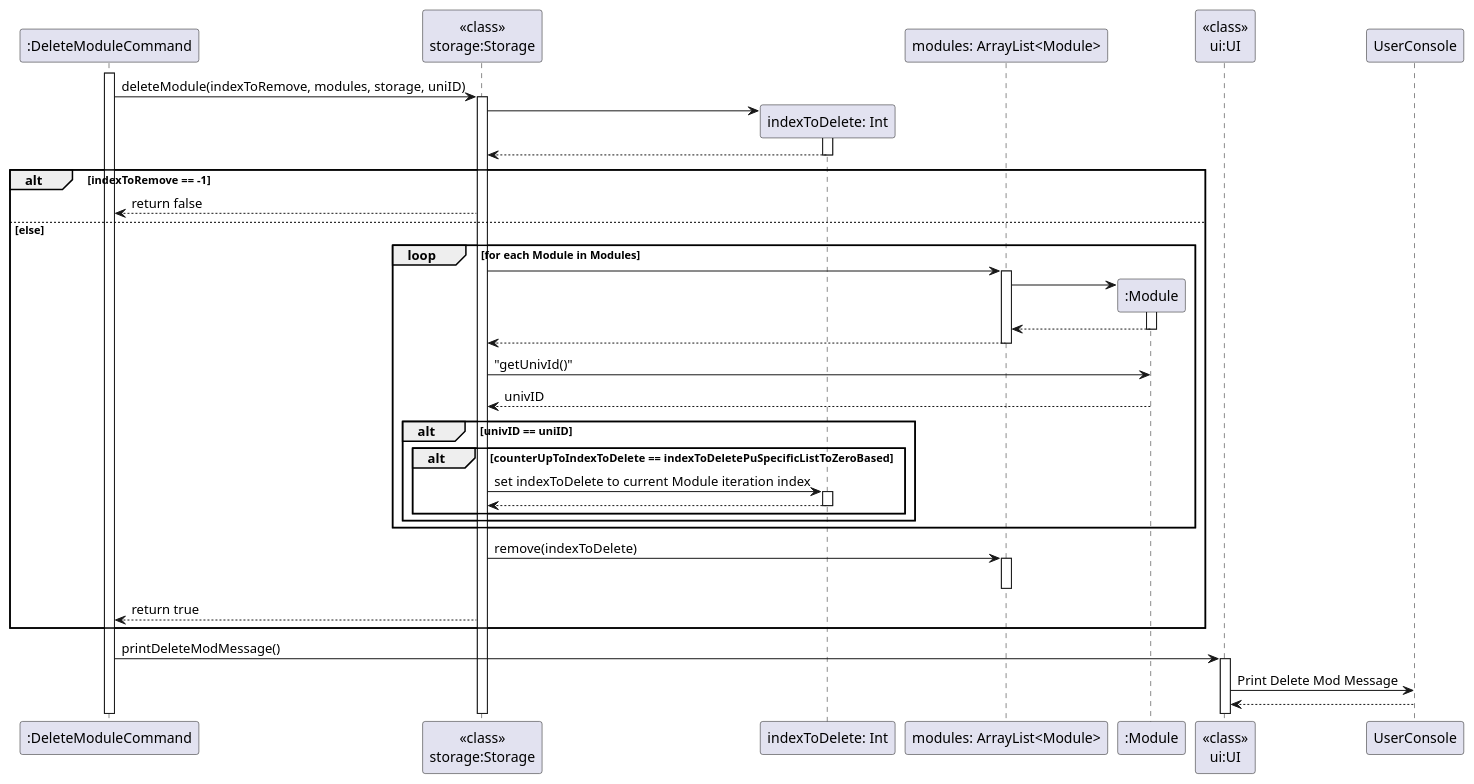
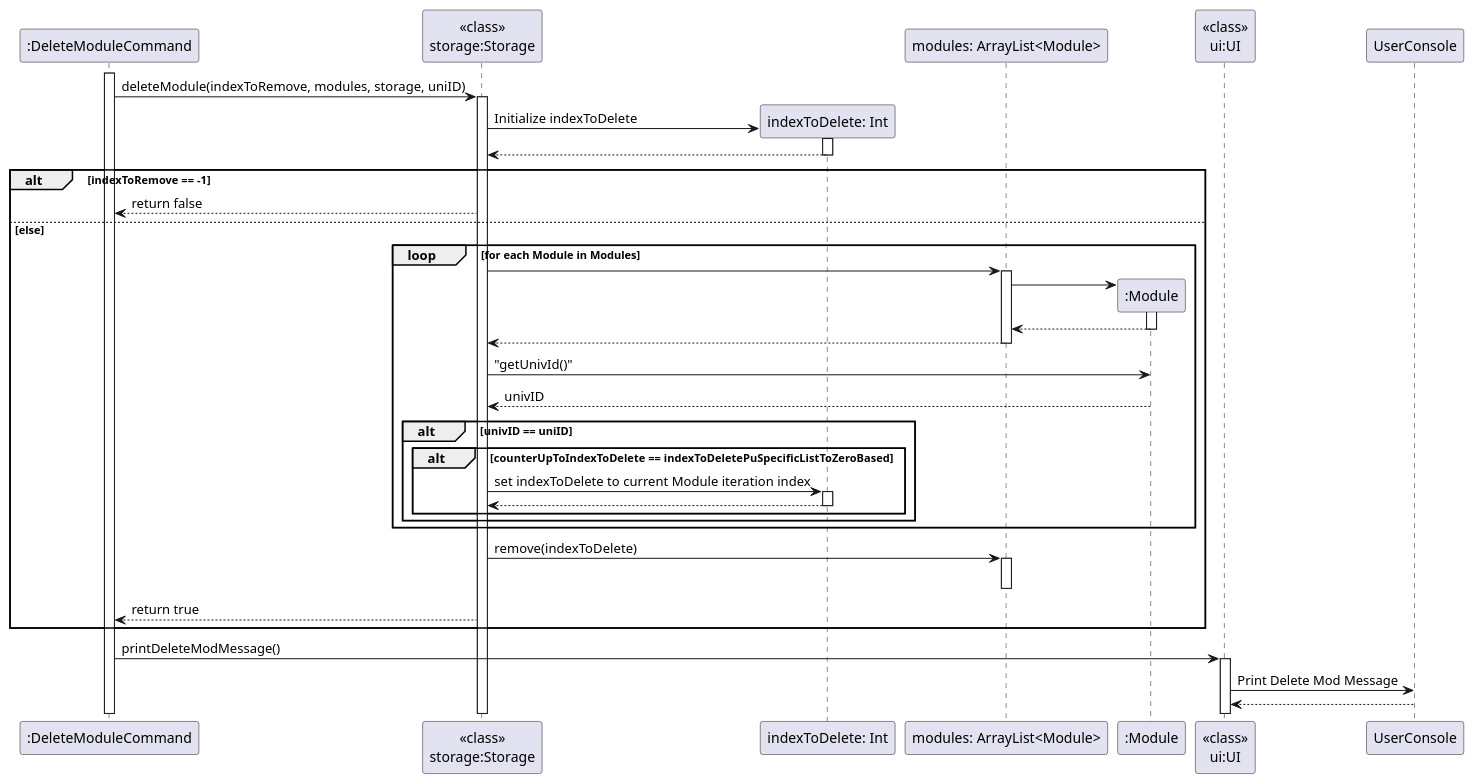
Before and after one commit to nus-cs2113-AY2223S2/tp: the diagram in docs/diagrams/DeleteModuleCommandSequenceDiagram.puml, drawn with PlantUML. The commit also changed other lines of this file and 6 other files, not shown here.

Commit message:
Added Sequence Diagram for sorting function

```diff
--- a/docs/diagrams/DeleteModuleCommandSequenceDiagram.puml
+++ b/docs/diagrams/DeleteModuleCommandSequenceDiagram.puml
@@ -1,55 +1,55 @@
 @startuml
 'https://plantuml.com/sequence-diagram
 
 activate ":DeleteModuleCommand"
 
 ":DeleteModuleCommand" -> "<<class>>\nstorage:Storage" : deleteModule(indexToRemove, modules, storage, uniID)
 activate "<<class>>\nstorage:Storage"
 
 create "indexToDelete: Int"
-"<<class>>\nstorage:Storage" -> "indexToDelete: Int"
+"<<class>>\nstorage:Storage" -> "indexToDelete: Int": Initialize indexToDelete
 activate "indexToDelete: Int"
 "<<class>>\nstorage:Storage" <-- "indexToDelete: Int"
 deactivate "indexToDelete: Int"
 
 alt indexToRemove == -1
 "<<class>>\nstorage:Storage" --> ":DeleteModuleCommand" : return false
 else else
     loop for each Module in Modules
 
         "<<class>>\nstorage:Storage" -> "modules: ArrayList<Module>"
          activate "modules: ArrayList<Module>"
          create ":Module"
          "modules: ArrayList<Module>" -> ":Module"
          activate ":Module"
          "modules: ArrayList<Module>" <-- ":Module"
          deactivate ":Module"
 
          "<<class>>\nstorage:Storage" <-- "modules: ArrayList<Module>"
          deactivate "modules: ArrayList<Module>"
 
         "<<class>>\nstorage:Storage" -> ":Module" : "getUnivId()"
         "<<class>>\nstorage:Storage" <-- ":Module" : univID
 
         alt univID == uniID
             alt counterUpToIndexToDelete == indexToDeletePuSpecificListToZeroBased
                 "<<class>>\nstorage:Storage" -> "indexToDelete: Int": set indexToDelete to current Module iteration index
                 activate "indexToDelete: Int"
                 "<<class>>\nstorage:Storage" <-- "indexToDelete: Int"
                 deactivate "indexToDelete: Int"
 
             end
         end
     end
    "<<class>>\nstorage:Storage" -> "modules: ArrayList<Module>" : remove(indexToDelete)
     activate "modules: ArrayList<Module>"
     deactivate "modules: ArrayList<Module>"
     "<<class>>\nstorage:Storage" --> ":DeleteModuleCommand" : return true
 
 end
 ":DeleteModuleCommand" -> "<<class>>\nui:UI" : printDeleteModMessage()
 activate "<<class>>\nui:UI"
 
 "<<class>>\nui:UI" -> UserConsole : Print Delete Mod Message
 "<<class>>\nui:UI" <-- UserConsole
 @enduml
```
